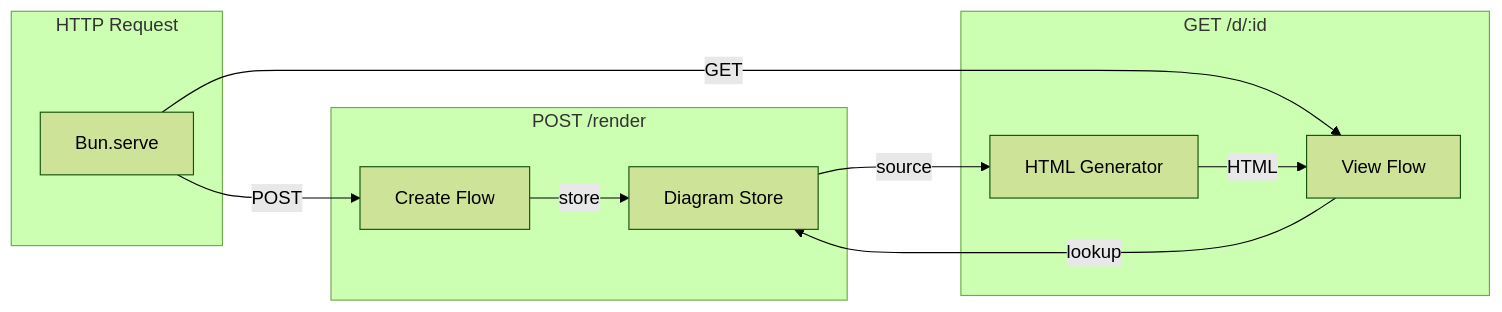
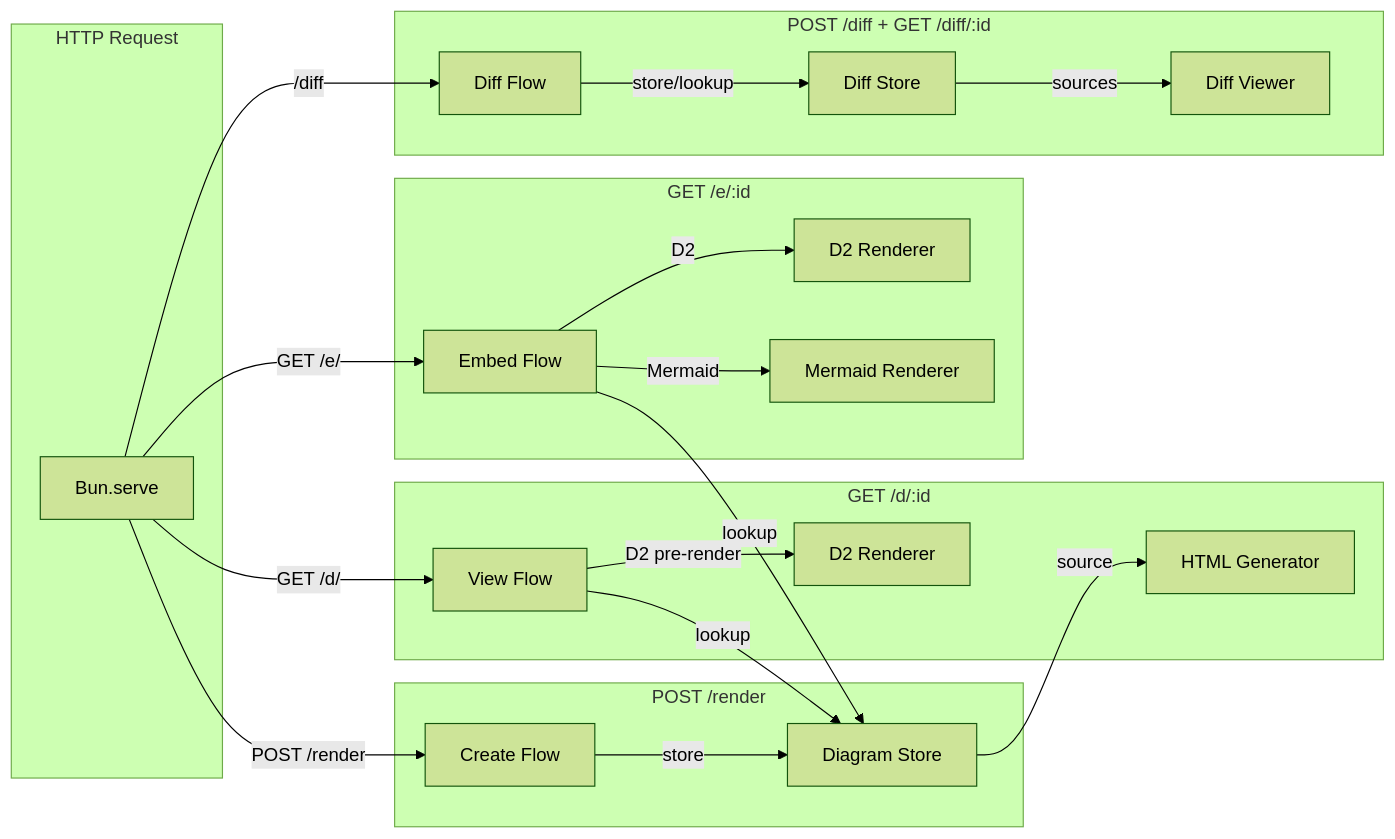
One commit to lagz0ne/diashort changed the second of 2 diagrams in .c3/c3-1-api-server/README.md. Above: the diagram before and after it, drawn with Mermaid (forest theme). The commit also changed other lines of this file and 31 other files, not shown here.

````diff
--- a/.c3/c3-1-api-server/README.md
+++ b/.c3/c3-1-api-server/README.md
@@ -98,24 +135,46 @@
 ```mermaid
 flowchart LR
     subgraph Request["HTTP Request"]
         R["Bun.serve"]
     end
 
     subgraph Create["POST /render"]
         CF["Create Flow"]
         DS["Diagram Store"]
     end
 
     subgraph View["GET /d/:id"]
         VF["View Flow"]
         HG["HTML Generator"]
+        D2V["D2 Renderer"]
     end
 
-    R -->|"POST"| CF
+    subgraph Embed["GET /e/:id"]
+        EF["Embed Flow"]
+        D2E["D2 Renderer"]
+        MR["Mermaid Renderer"]
+    end
+
+    subgraph Diff["POST /diff + GET /diff/:id"]
+        DF["Diff Flow"]
+        DFS["Diff Store"]
+        DFV["Diff Viewer"]
+    end
+
+    R -->|"POST /render"| CF
     CF -->|"store"| DS
 
-    R -->|"GET"| VF
+    R -->|"GET /d/"| VF
     VF -->|"lookup"| DS
     DS -->|"source"| HG
-    HG -->|"HTML"| VF
+    VF -->|"D2 pre-render"| D2V
+
+    R -->|"GET /e/"| EF
+    EF -->|"lookup"| DS
+    EF -->|"D2"| D2E
+    EF -->|"Mermaid"| MR
+
+    R -->|"/diff"| DF
+    DF -->|"store/lookup"| DFS
+    DFS -->|"sources"| DFV
 ```
````
